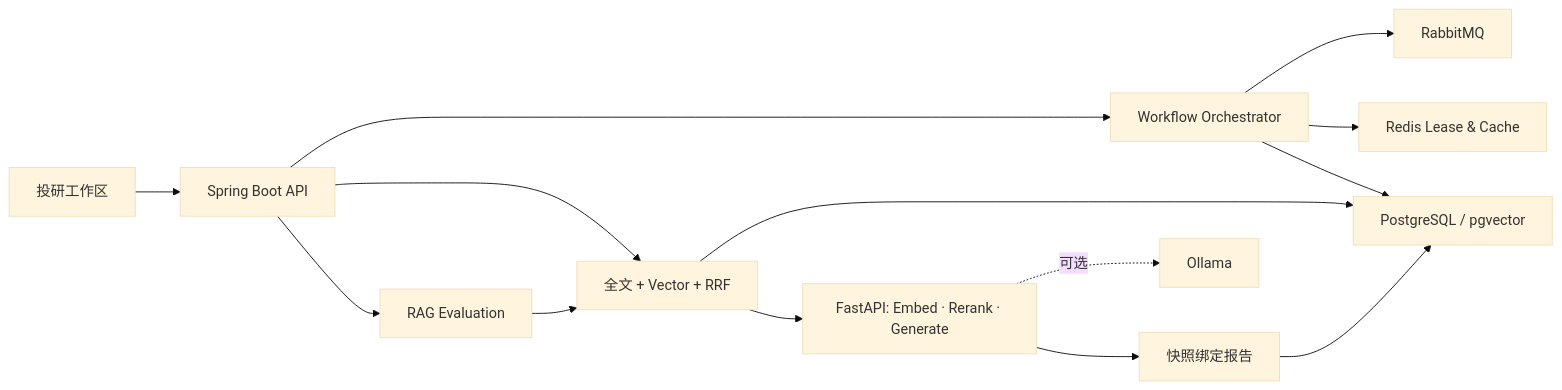
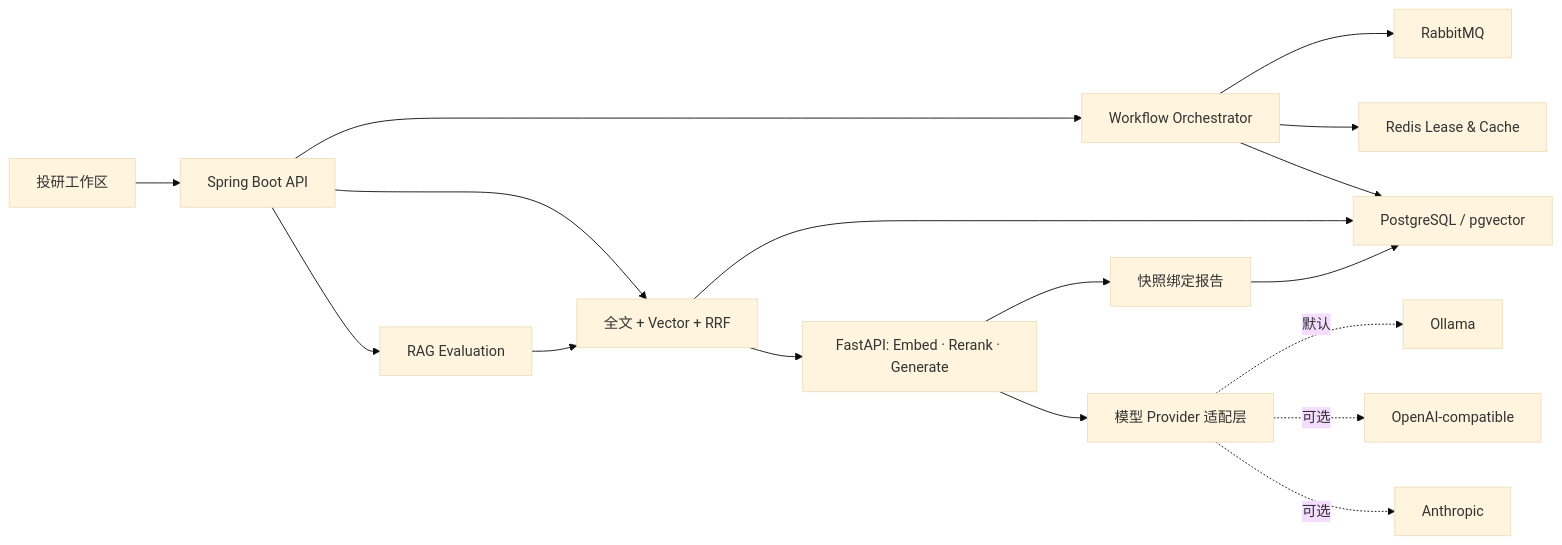
One commit to juanjuandog/FinSight-AI changed the diagram in README.zh-CN.md. Above: the diagram before and after it, drawn with Mermaid (base theme). The commit also changed other lines of this file and 9 other files, not shown here.

````diff
--- a/README.zh-CN.md
+++ b/README.zh-CN.md
@@ -104,17 +104,20 @@
 ```mermaid
 flowchart LR
     UI["投研工作区"] --> API["Spring Boot API"]
     API --> WF["Workflow Orchestrator"]
     WF --> MQ["RabbitMQ"]
     WF --> Lease["Redis Lease & Cache"]
     WF --> DB["PostgreSQL / pgvector"]
 
     API --> Retrieval["全文 + Vector + RRF"]
     Retrieval --> DB
     Retrieval --> Sidecar["FastAPI: Embed · Rerank · Generate"]
-    Sidecar -. 可选 .-> Ollama["Ollama"]
+    Sidecar --> Providers["模型 Provider 适配层"]
+    Providers -. 默认 .-> Ollama["Ollama"]
+    Providers -. 可选 .-> OpenAI["OpenAI-compatible"]
+    Providers -. 可选 .-> Anthropic["Anthropic"]
     Sidecar --> Report["快照绑定报告"]
     Report --> DB
     API --> Eval["RAG Evaluation"]
     Eval --> Retrieval
 ```
````
